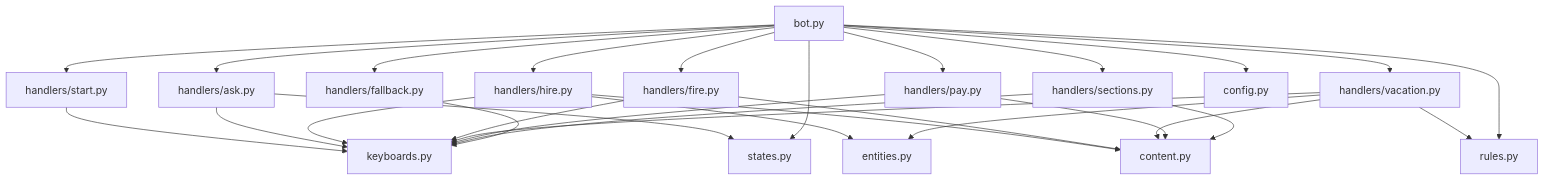
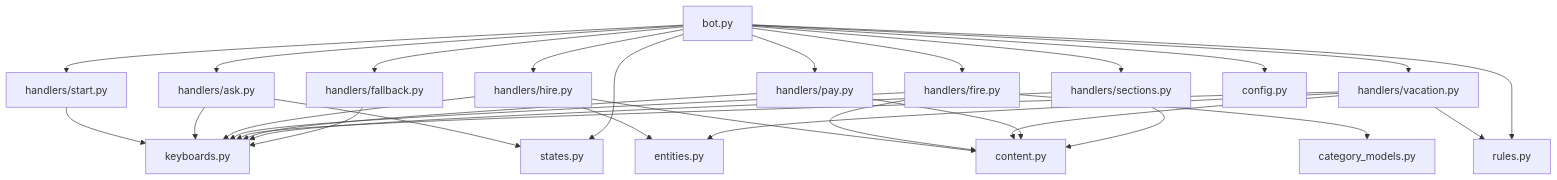
Diagram 16 of 16 in .qoder/repowiki/en/content/VK Integration/Employment Lifecycle Management.md (ognelis/cafetera_hr_bot), drawn with Mermaid before and after one commit. The commit also changed other lines of this file and 14 other files, not shown here.

````diff
--- a/.qoder/repowiki/en/content/VK Integration/Employment Lifecycle Management.md
+++ b/.qoder/repowiki/en/content/VK Integration/Employment Lifecycle Management.md
@@ -509,46 +548,48 @@
 ```mermaid
 graph TB
 H1["handlers/start.py"]
 H2["handlers/ask.py"]
 H3["handlers/hire.py"]
 H4["handlers/fire.py"]
 H5["handlers/vacation.py"]
 H6["handlers/pay.py"]
 H7["handlers/sections.py"]
 H8["handlers/fallback.py"]
 K["keyboards.py"]
 E["entities.py"]
 C["content.py"]
 S["states.py"]
 R["rules.py"]
 B["bot.py"]
 CFG["config.py"]
+CF["category_models.py"]
 H1 --> K
 H2 --> K
 H2 --> S
 H3 --> K
 H3 --> E
 H3 --> C
 H4 --> K
 H4 --> C
+H4 --> CF
 H5 --> K
 H5 --> E
 H5 --> C
 H5 --> R
 H6 --> K
 H6 --> C
 H7 --> K
 H7 --> C
 H8 --> K
 B --> H1
 B --> H2
 B --> H3
 B --> H4
 B --> H5
 B --> H6
 B --> H7
 B --> H8
 B --> S
 B --> R
 B --> CFG
 ```
````
